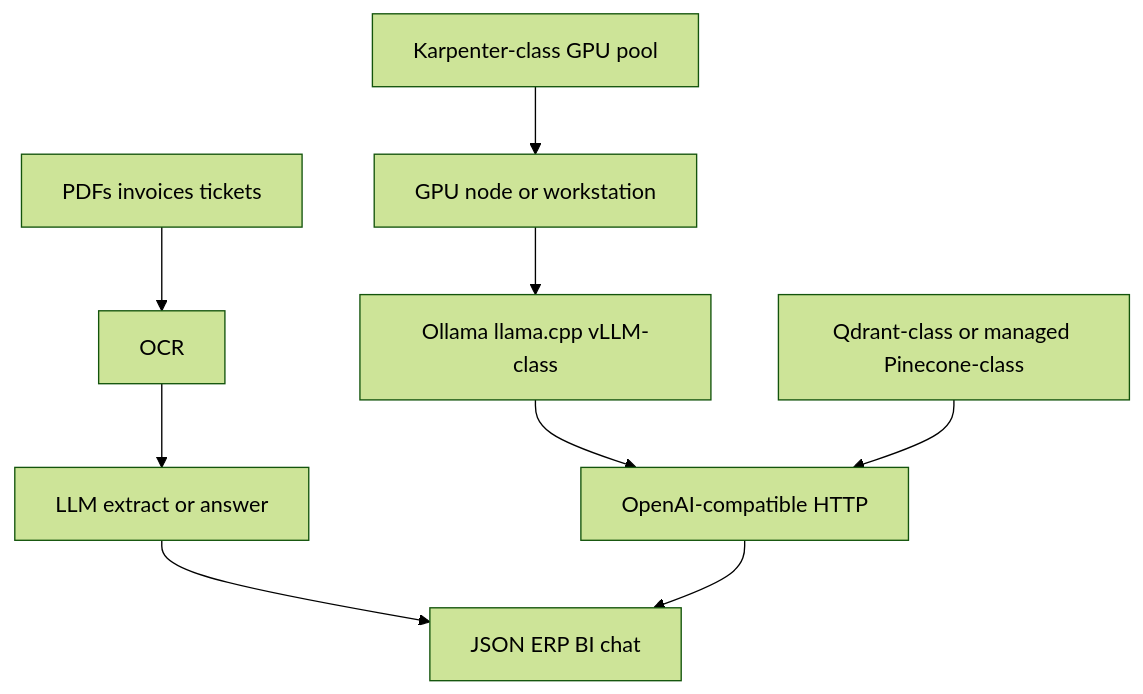
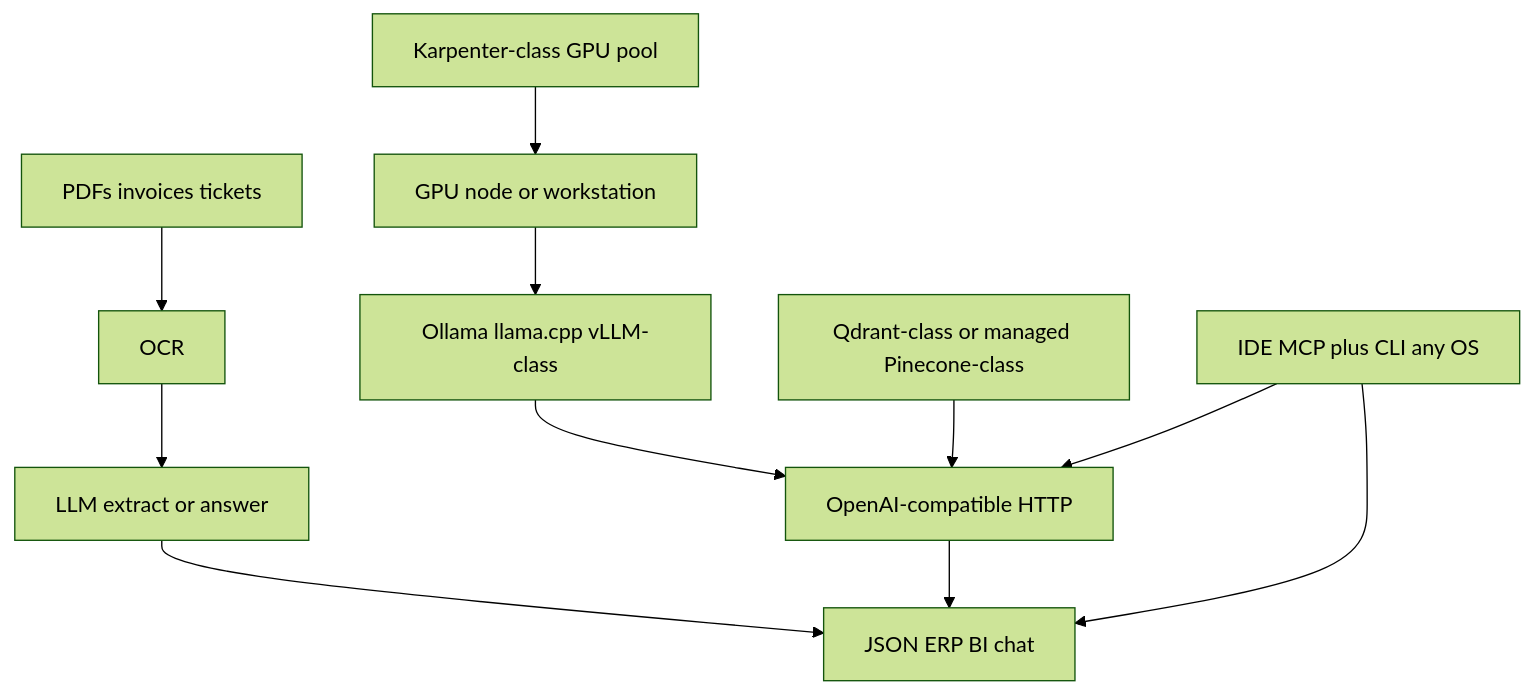
The diagram in architecture/01-llmops.md (NarberallGamma/narberall-platform-engineer-lab), drawn with Mermaid (forest theme) before and after one commit. The commit also changed other lines of this file and 399 other files, not shown here.

````diff
--- a/architecture/01-llmops.md
+++ b/architecture/01-llmops.md
@@ -7,11 +7,13 @@
 ```mermaid
 flowchart TB
   Docs[PDFs invoices tickets] --> OCR[OCR]
   OCR --> LLM[LLM extract or answer]
   LLM --> Out[JSON ERP BI chat]
   GPU[GPU node or workstation] --> Serve[Ollama llama.cpp vLLM-class]
   Serve --> API[OpenAI-compatible HTTP]
   Vec[Qdrant-class or managed Pinecone-class] --> API
   Scale[Karpenter-class GPU pool] --> GPU
+  Desk[IDE MCP plus CLI any OS] --> API
+  Desk --> Out
   API --> Out
 ```
````
